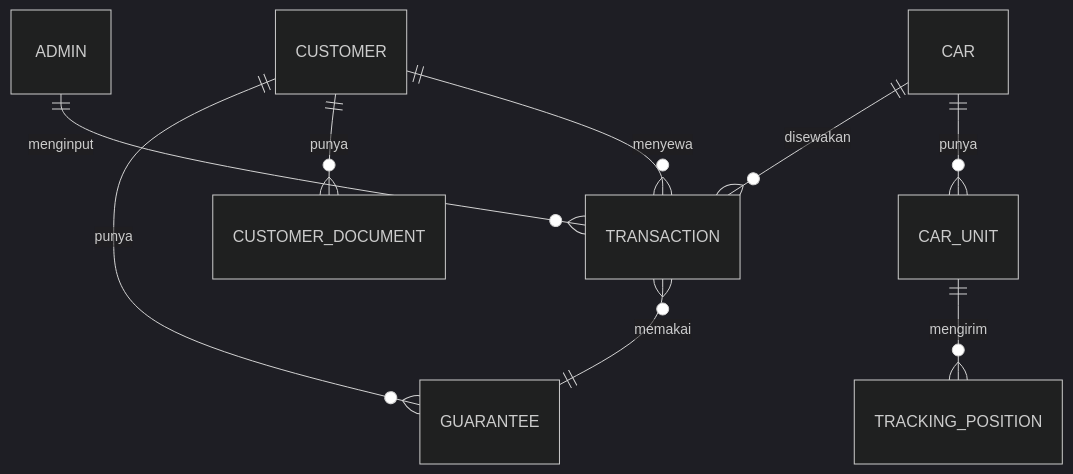
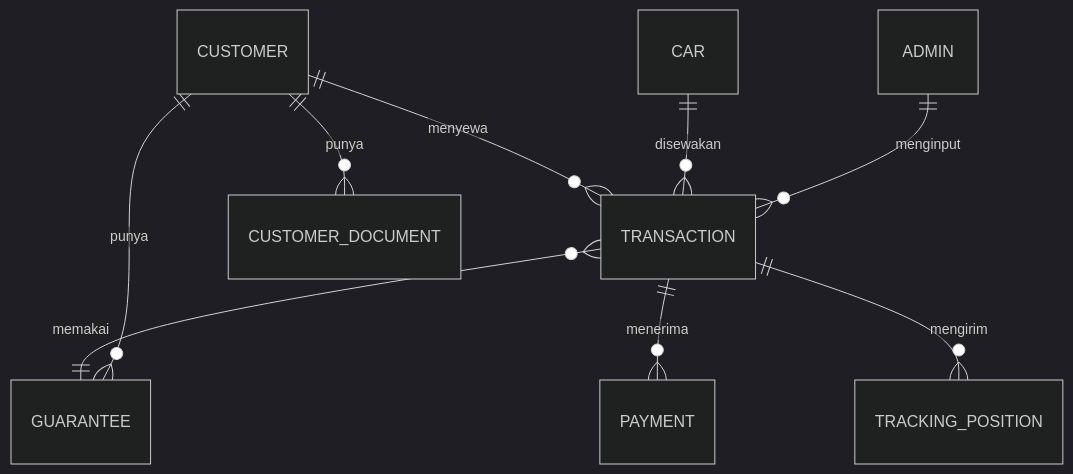
Before and after one commit to MHamzah1/RentCar-Web: the diagram in docs/05-model-data.md, drawn with Mermaid (dark theme). The commit also changed other lines of this file and 56 other files, not shown here.

````diff
--- a/docs/05-model-data.md
+++ b/docs/05-model-data.md
@@ -8,11 +8,11 @@
 ```mermaid
 erDiagram
     ADMIN ||--o{ TRANSACTION : "menginput"
-    CAR ||--o{ CAR_UNIT : "punya"
     CAR ||--o{ TRANSACTION : "disewakan"
     CUSTOMER ||--o{ TRANSACTION : "menyewa"
     CUSTOMER ||--o{ CUSTOMER_DOCUMENT : "punya"
     CUSTOMER ||--o{ GUARANTEE : "punya"
     TRANSACTION }o--|| GUARANTEE : "memakai"
-    CAR_UNIT ||--o{ TRACKING_POSITION : "mengirim"
+    TRANSACTION ||--o{ PAYMENT : "menerima"
+    TRANSACTION ||--o{ TRACKING_POSITION : "mengirim"
 ```
````
